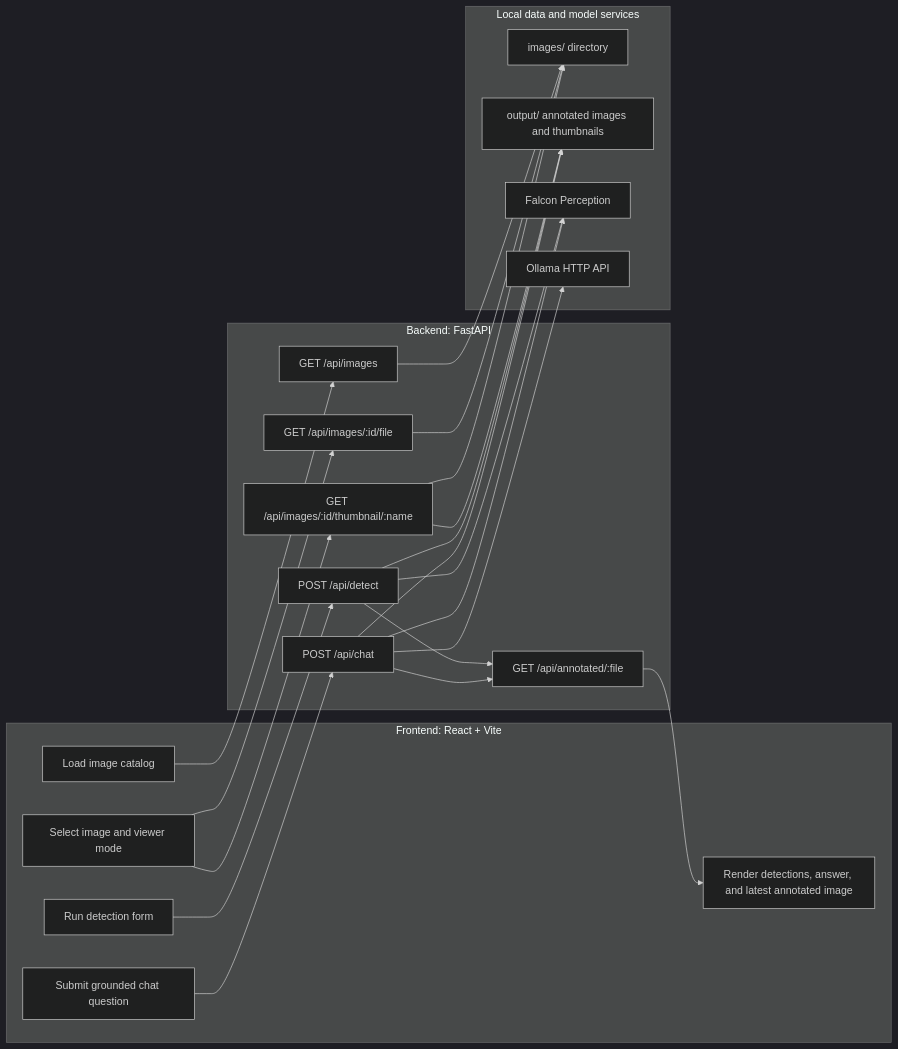
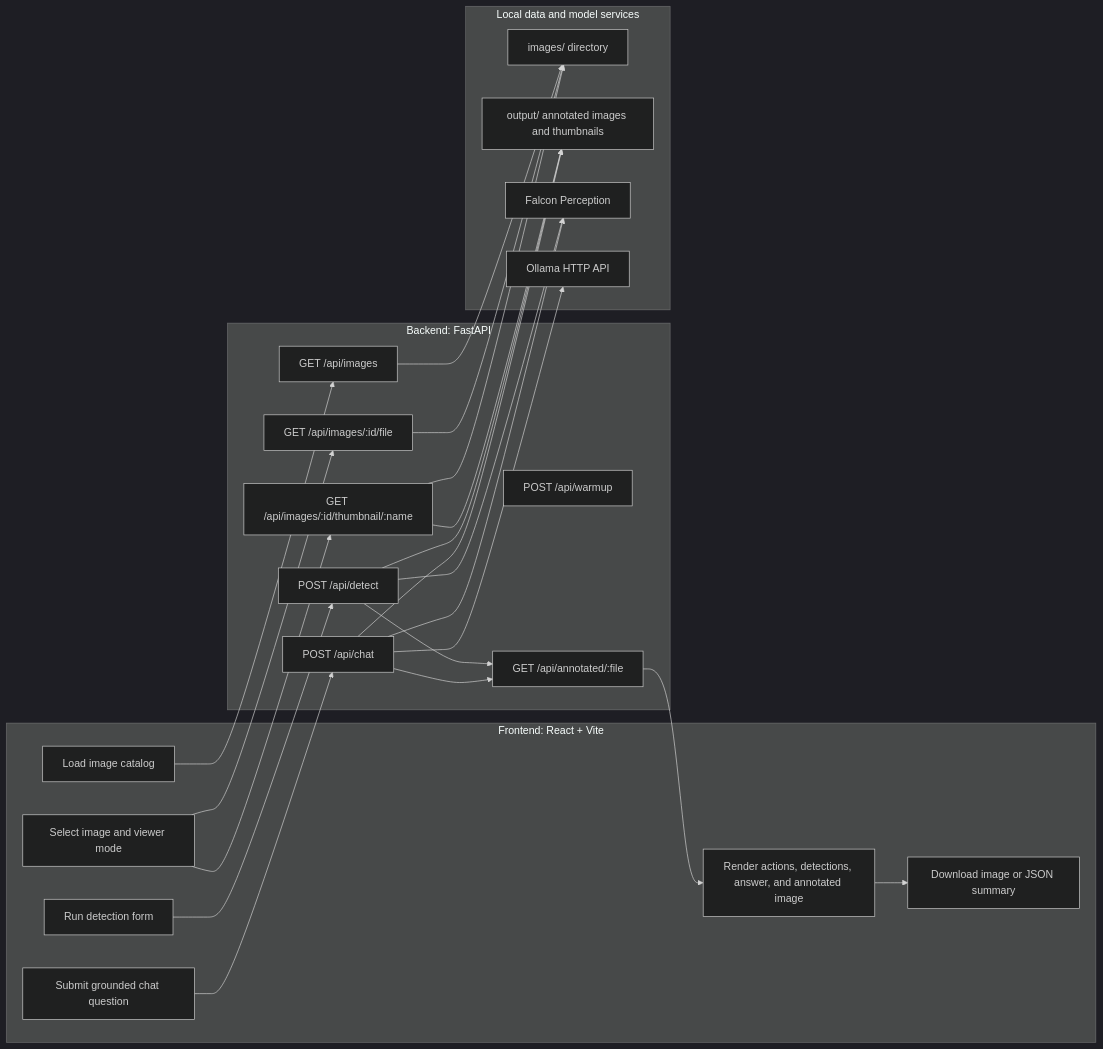
The first of 3 diagrams in docs/agentic-workflow.md (jepierre/visionai), drawn with Mermaid (dark theme) before and after one commit. The commit also changed other lines of this file and 11 other files, not shown here.

Commit message:
feat: implement bounded action planner and enhance agent workflow with caching and warmup API

````diff
--- a/docs/agentic-workflow.md
+++ b/docs/agentic-workflow.md
@@ -7,45 +7,48 @@
 ```mermaid
 flowchart LR
     subgraph FE[Frontend: React + Vite]
         Gallery[Load image catalog]
         Viewer[Select image and viewer mode]
         DetectForm[Run detection form]
         ChatForm[Submit grounded chat question]
-        Results[Render detections, answer, and latest annotated image]
+        Results[Render actions, detections, answer, and annotated image]
+        Export[Download image or JSON summary]
     end
 
     subgraph BE[Backend: FastAPI]
         ImagesAPI[GET /api/images]
         ImageFile[GET /api/images/:id/file]
         ThumbAPI[GET /api/images/:id/thumbnail/:name]
         DetectAPI[POST /api/detect]
         ChatAPI[POST /api/chat]
+        WarmupAPI[POST /api/warmup]
         AnnotatedAPI[GET /api/annotated/:file]
     end
 
     subgraph Data[Local data and model services]
         ImagesDir[images/ directory]
         OutputDir[output/ annotated images and thumbnails]
         Falcon[Falcon Perception]
         Ollama[Ollama HTTP API]
     end
 
     Gallery --> ImagesAPI
     Viewer --> ImageFile
     Viewer --> ThumbAPI
     DetectForm --> DetectAPI
     ChatForm --> ChatAPI
     DetectAPI --> AnnotatedAPI
     ChatAPI --> AnnotatedAPI
     AnnotatedAPI --> Results
+    Results --> Export
 
     ImagesAPI --> ImagesDir
     ImageFile --> ImagesDir
     ThumbAPI --> ImagesDir
     ThumbAPI --> OutputDir
     DetectAPI --> Falcon
     DetectAPI --> OutputDir
     ChatAPI --> Falcon
     ChatAPI --> Ollama
     ChatAPI --> OutputDir
 ```
````
